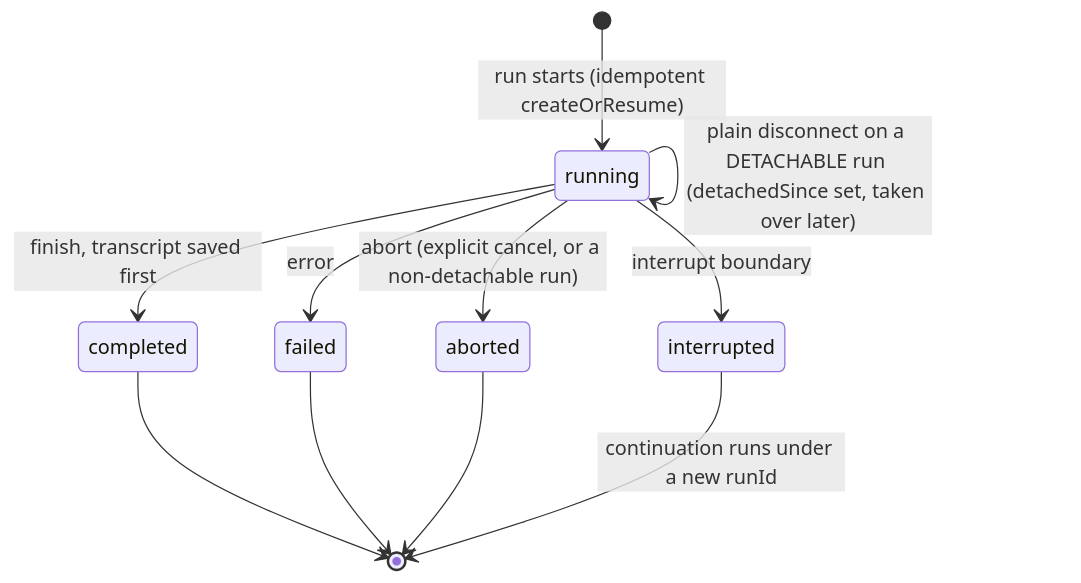
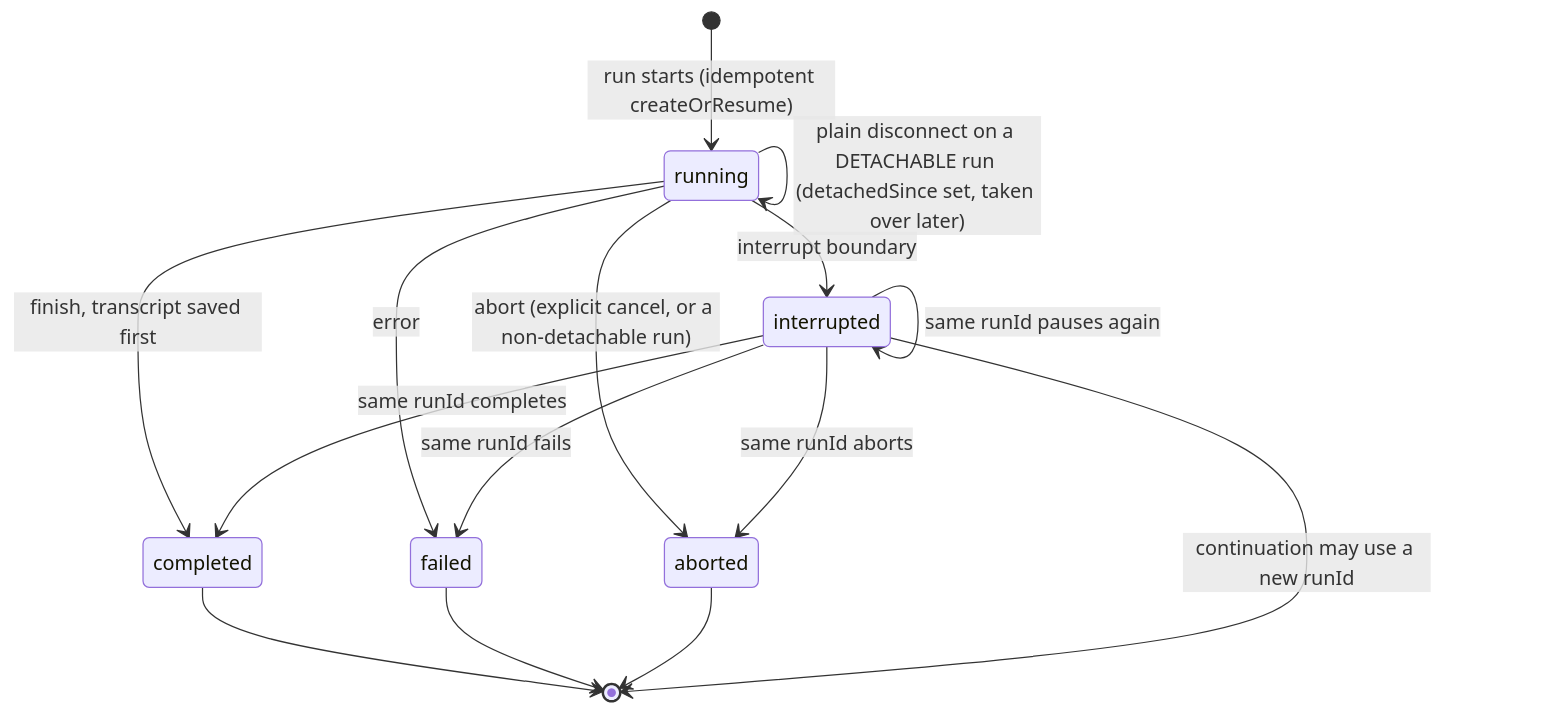
The first of 2 diagrams in docs/persistence/chat-persistence.md (8times4/ai), drawn with Mermaid before and after one commit. The commit also changed other lines of this file and 12 other files, not shown here.

````diff
--- a/docs/persistence/chat-persistence.md
+++ b/docs/persistence/chat-persistence.md
@@ -136,13 +140,17 @@
 ```mermaid
 stateDiagram-v2
     [*] --> running : run starts (idempotent createOrResume)
     running --> completed : finish, transcript saved first
     running --> failed : error
     running --> aborted : abort (explicit cancel, or a non-detachable run)
     running --> interrupted : interrupt boundary
     running --> running : plain disconnect on a DETACHABLE run (detachedSince set, taken over later)
     completed --> [*]
     failed --> [*]
     aborted --> [*]
-    interrupted --> [*] : continuation runs under a new runId
+    interrupted --> [*] : continuation may use a new runId
+    interrupted --> interrupted : same runId pauses again
+    interrupted --> completed : same runId completes
+    interrupted --> failed : same runId fails
+    interrupted --> aborted : same runId aborts
 ```
````
